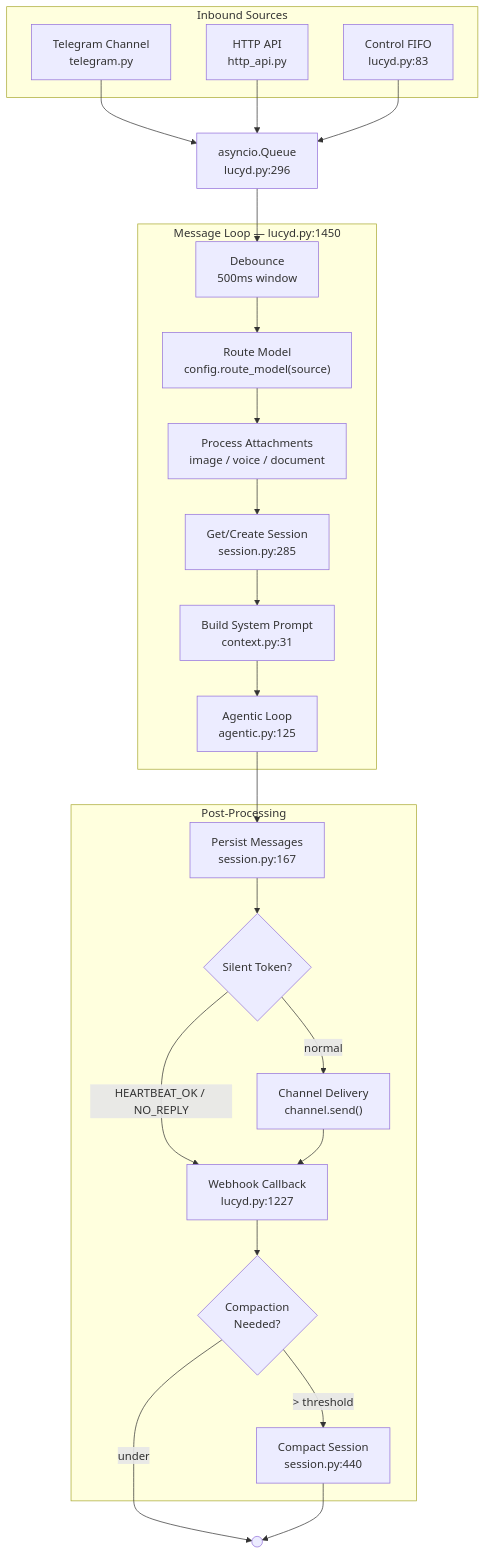
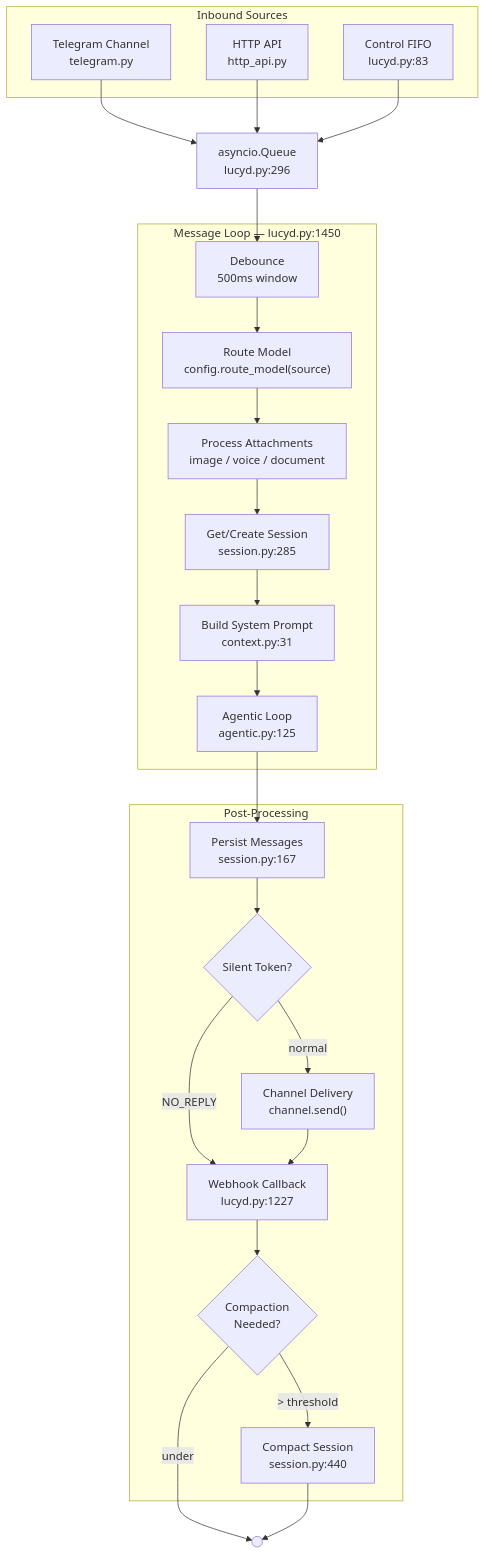
The first of 8 diagrams in docs/diagrams.md (nicolasforstinger/lucyd), drawn with Mermaid before and after one commit. The commit also changed 12 other files, not shown here.

````diff
--- a/docs/diagrams.md
+++ b/docs/diagrams.md
@@ -11,40 +11,40 @@
 ```mermaid
 flowchart TD
     subgraph Sources["Inbound Sources"]
         TG["Telegram Channel<br/>telegram.py"]
         HTTP["HTTP API<br/>http_api.py"]
         FIFO["Control FIFO<br/>lucyd.py:83"]
     end
 
     Q["asyncio.Queue<br/>lucyd.py:296"]
 
     subgraph Loop["Message Loop — lucyd.py:1450"]
         DEB["Debounce<br/>500ms window"]
         ROUTE["Route Model<br/>config.route_model(source)"]
         MEDIA["Process Attachments<br/>image / voice / document"]
         SESSION["Get/Create Session<br/>session.py:285"]
         CTX["Build System Prompt<br/>context.py:31"]
         AGENTIC["Agentic Loop<br/>agentic.py:125"]
     end
 
     subgraph Post["Post-Processing"]
         PERSIST["Persist Messages<br/>session.py:167"]
         SILENT{"Silent Token?"}
         DELIVER["Channel Delivery<br/>channel.send()"]
         WEBHOOK["Webhook Callback<br/>lucyd.py:1227"]
         COMPACT{"Compaction<br/>Needed?"}
         DO_COMPACT["Compact Session<br/>session.py:440"]
     end
 
     TG --> Q
     HTTP --> Q
     FIFO --> Q
     Q --> DEB --> ROUTE --> MEDIA --> SESSION --> CTX --> AGENTIC
     AGENTIC --> PERSIST --> SILENT
-    SILENT -->|"HEARTBEAT_OK / NO_REPLY"| WEBHOOK
+    SILENT -->|"NO_REPLY"| WEBHOOK
     SILENT -->|normal| DELIVER --> WEBHOOK
     WEBHOOK --> COMPACT
     COMPACT -->|"> threshold"| DO_COMPACT
     COMPACT -->|under| END(( ))
     DO_COMPACT --> END
 ```
````
